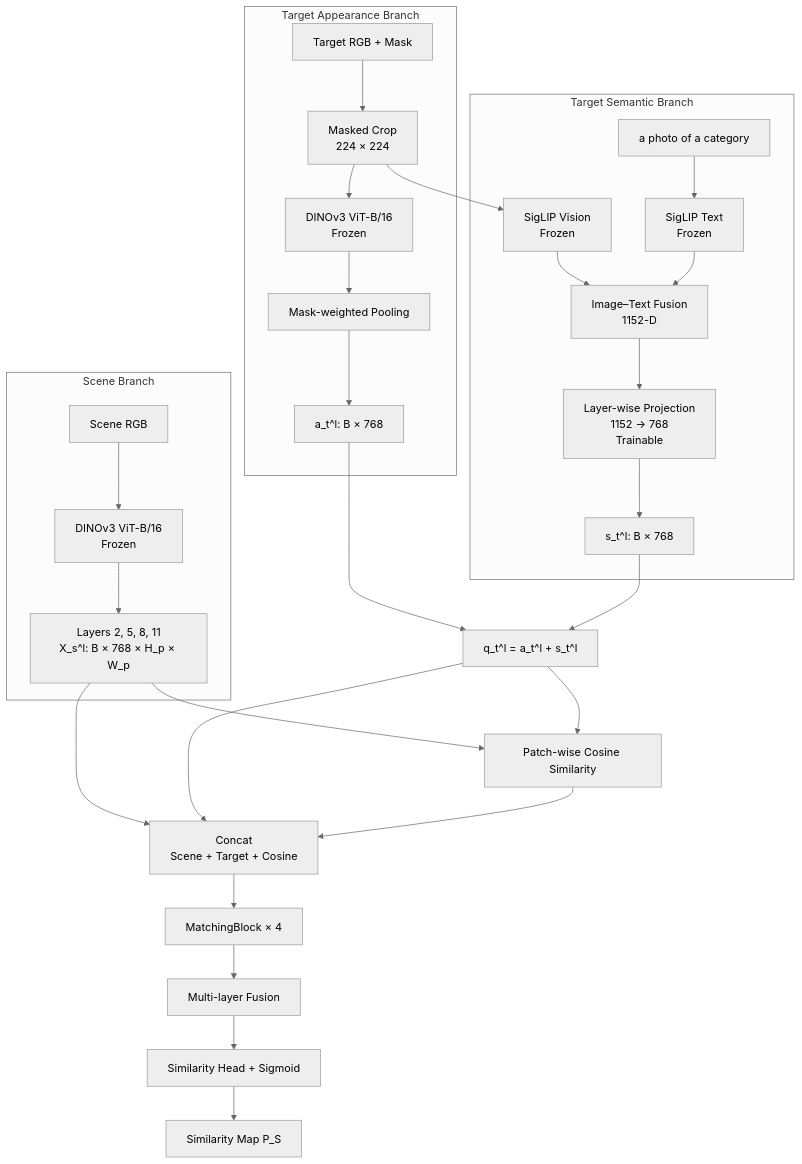
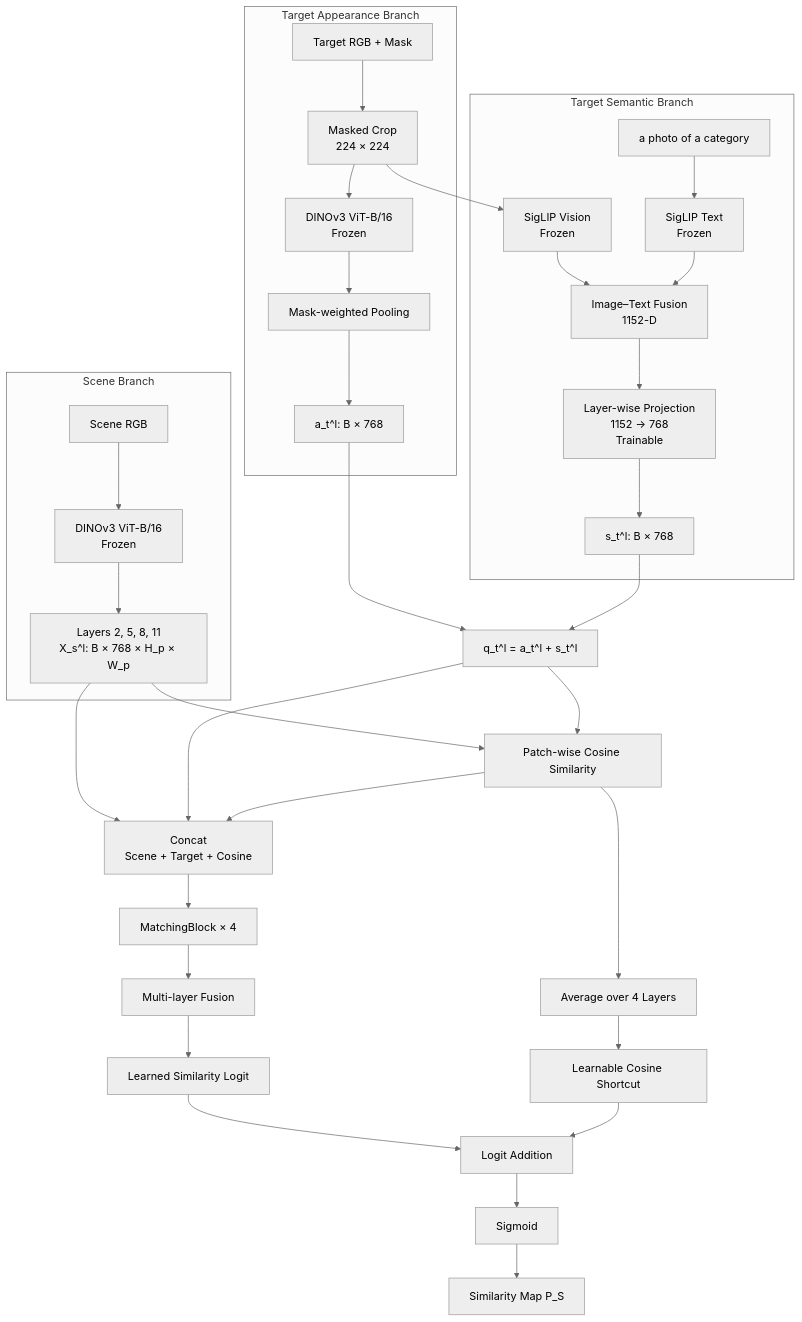
One commit to JeonHaneul/2D-PDM_DINOv3 changed the second of 3 diagrams in README2.md. Above: the diagram before and after it, drawn with Mermaid (neutral theme). The commit also changed other lines of this file, not shown here.

Commit message:
Add similarity stream development log

````diff
--- a/README2.md
+++ b/README2.md
@@ -94,42 +94,47 @@
 ```mermaid
 flowchart TB
     subgraph SCENE["Scene Branch"]
         SRGB["Scene RGB"]
         SDINO["DINOv3 ViT-B/16<br/>Frozen"]
         SFEAT["Layers 2, 5, 8, 11<br/>X_s^l: B × 768 × H_p × W_p"]
         SRGB --> SDINO --> SFEAT
     end
 
     subgraph APPEARANCE["Target Appearance Branch"]
         TRGB["Target RGB + Mask"]
         CROP["Masked Crop<br/>224 × 224"]
         TDINO["DINOv3 ViT-B/16<br/>Frozen"]
         POOL["Mask-weighted Pooling"]
         AVEC["a_t^l: B × 768"]
         TRGB --> CROP --> TDINO --> POOL --> AVEC
     end
 
     subgraph SEMANTIC["Target Semantic Branch"]
         SIGIMG["SigLIP Vision<br/>Frozen"]
         PROMPT["a photo of a category"]
         SIGTXT["SigLIP Text<br/>Frozen"]
         SEMFUSE["Image–Text Fusion<br/>1152-D"]
         PROJ["Layer-wise Projection<br/>1152 → 768<br/>Trainable"]
         SVEC["s_t^l: B × 768"]
         CROP --> SIGIMG --> SEMFUSE
         PROMPT --> SIGTXT --> SEMFUSE
         SEMFUSE --> PROJ --> SVEC
     end
 
     AVEC --> QFUSE["q_t^l = a_t^l + s_t^l"]
     SVEC --> QFUSE
     SFEAT --> COS["Patch-wise Cosine Similarity"]
     QFUSE --> COS
     SFEAT --> INTERACT["Concat<br/>Scene + Target + Cosine"]
     QFUSE --> INTERACT
     COS --> INTERACT
     INTERACT --> BLOCKS["MatchingBlock × 4"]
     BLOCKS --> LFUSE["Multi-layer Fusion"]
-    LFUSE --> HEAD["Similarity Head + Sigmoid"]
-    HEAD --> PMAP["Similarity Map P_S"]
+    LFUSE --> HEAD["Learned Similarity Logit"]
+    COS --> CAVG["Average over 4 Layers"]
+    CAVG --> SKIP["Learnable Cosine Shortcut"]
+    HEAD --> ADDLOGIT["Logit Addition"]
+    SKIP --> ADDLOGIT
+    ADDLOGIT --> SIGMOID["Sigmoid"]
+    SIGMOID --> PMAP["Similarity Map P_S"]
 ```
````
